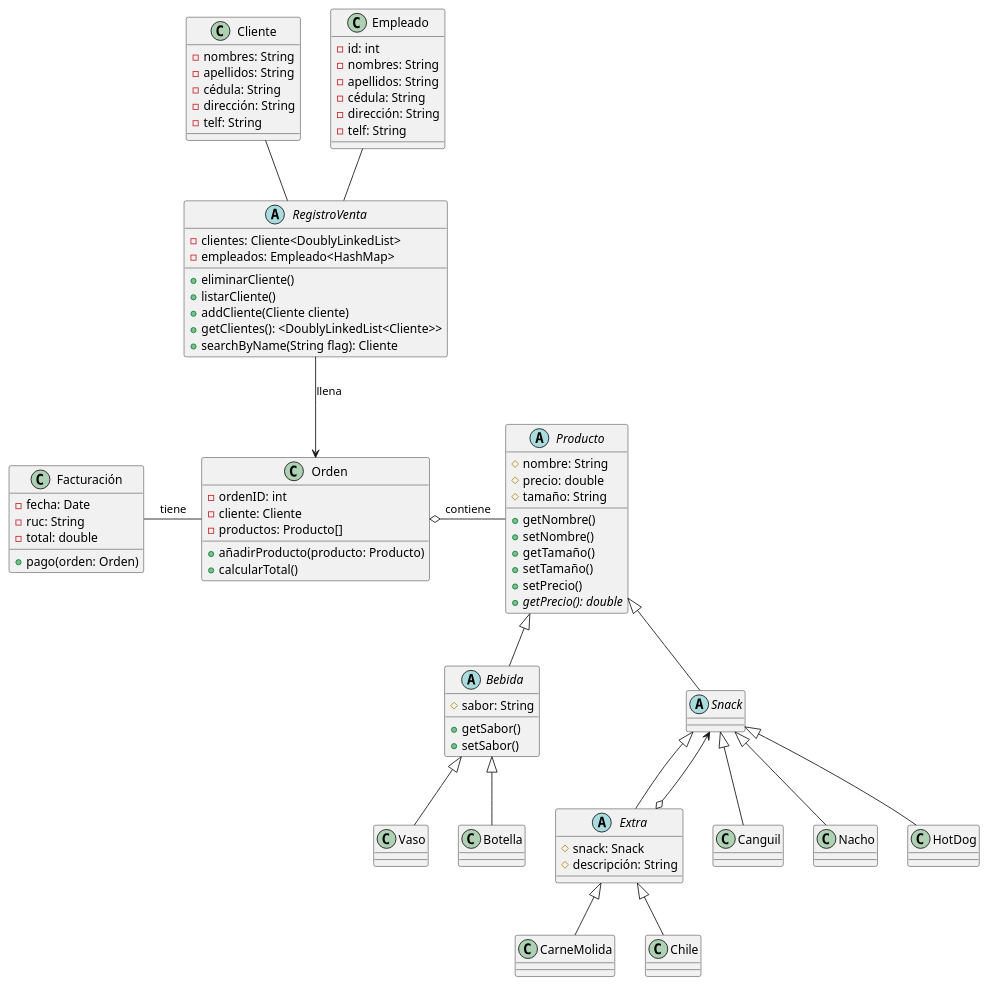
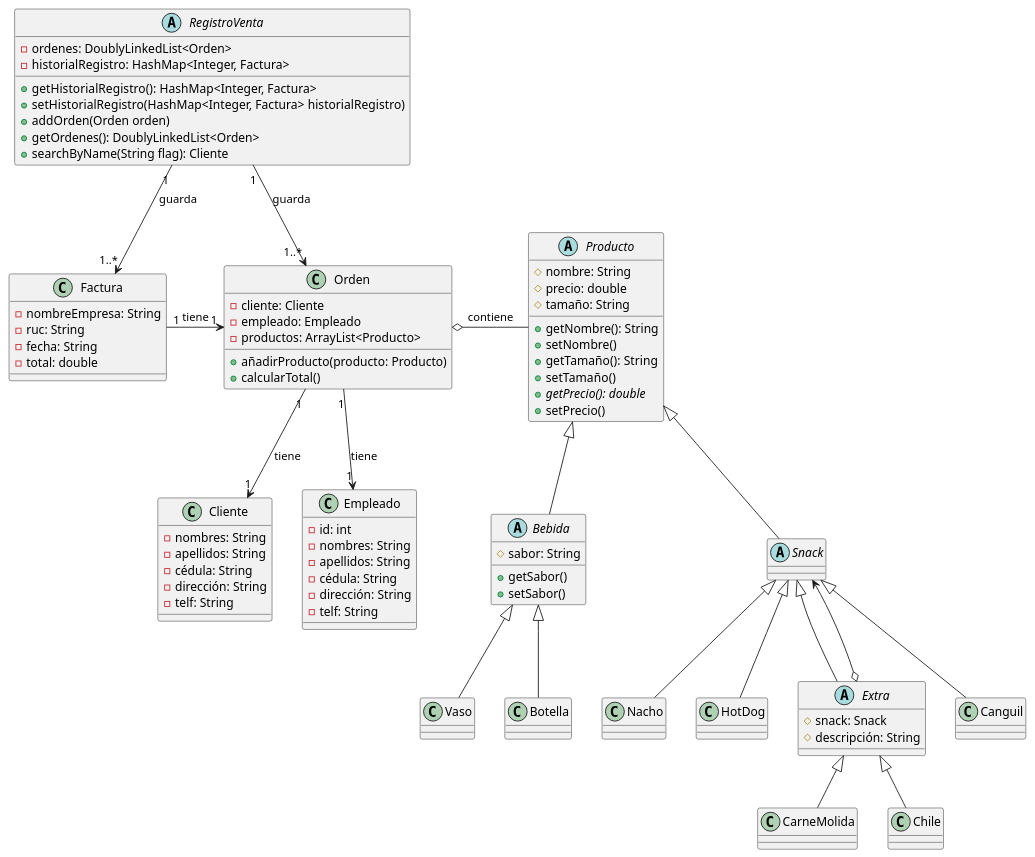
The diagram in src/UML/Cinema.puml (CroodcekDeep/Sistema-Cine), drawn with PlantUML before and after one commit. The commit also changed 11 other files, not shown here.

First line of the commit message:
docs: Modify Class Diagram

```diff
--- a/src/UML/Cinema.puml
+++ b/src/UML/Cinema.puml
@@ -1,139 +1,136 @@
 @startuml
 'https://plantuml.com/class-diagram
 
 abstract class RegistroVenta{
-    -clientes: Cliente<DoublyLinkedList>
-    -empleados: Empleado<HashMap>
+    -ordenes: DoublyLinkedList<Orden>
+    -historialRegistro: HashMap<Integer, Factura>
 
-    +eliminarCliente()
-    +listarCliente()
-    +addCliente(Cliente cliente)
-    +getClientes(): <DoublyLinkedList<Cliente>>
+    +getHistorialRegistro(): HashMap<Integer, Factura>
+    +setHistorialRegistro(HashMap<Integer, Factura> historialRegistro)
+    +addOrden(Orden orden)
+    +getOrdenes(): DoublyLinkedList<Orden>
     +searchByName(String flag): Cliente
 }
 
 class Cliente {
     -nombres: String
     -apellidos: String
     -cédula: String
     -dirección: String
     -telf: String
-
     '+getNombres()
     '+setNombres()
     '+getApellidos()
     '+setApellidos()
     '+getCédula()
     '+setCédula()
     '+getDirección()
     '+setDirección()
     '+getTelf()
     '+setTelf()
 }
 
 class Empleado{
     -id: int
     -nombres: String
     -apellidos: String
     -cédula: String
     -dirección: String
     -telf: String
-
     '+getId()
     '+setId()
     '+getNombres()
     '+setNombres()
     '+getApellidos()
     '+setApellidos()
     '+getCédula()
     '+setCédula()
     '+getDirección()
     '+setDirección()
     '+getTelf()
     '+setTelf()
 }
 
-class Facturación{
-    -fecha: Date
+class Factura{
+    -nombreEmpresa: String
     -ruc: String
+    -fecha: String
     -total: double
-
-    +pago(orden: Orden)
 }
 
 class Orden {
-    -ordenID: int
     -cliente: Cliente
-    -productos: Producto[]
+    -empleado: Empleado
+    -productos: ArrayList<Producto>
 
     +añadirProducto(producto: Producto)
     +calcularTotal()
 }
 
 ' Comprar Comida
 abstract class Producto{
     #nombre: String
     #precio: double
     #tamaño: String
 
-    +getNombre()
+    +getNombre(): String
     +setNombre()
-    +getTamaño()
+    +getTamaño(): String
     +setTamaño()
+    +getPrecio(): double {abstract}
     +setPrecio()
-    +getPrecio(): double {abstract}
 }
 
 abstract class Bebida{
     #sabor: String
 
     +getSabor()
     +setSabor()
 }
 
 abstract class Snack {
 
 }
 
 abstract class Extra{
     #snack: Snack
     #descripción: String
 }
 
 class Canguil{
     '+precio(): double
 }
 
 class Nacho{
     '+precio(): double
 }
 
 class HotDog{
     '+precio(): double
 }
 
 ' Patrón de Diseño -> Decorator
 Orden o- Producto: contiene
 
-Facturación - Orden: tiene
+Factura "1"->"1" Orden: tiene
 
 Producto <|-- Snack
 Producto <|-- Bebida
 
 Snack <|-- Extra
 Snack <--o Extra
 Snack <|-- Nacho
 Snack <|-- HotDog
 Snack <|-- Canguil
 Extra <|-- CarneMolida
 Extra <|-- Chile
 
 Bebida <|-- Vaso
 Bebida <|-- Botella
 
-Cliente -- RegistroVenta
-Empleado -- RegistroVenta
-RegistroVenta --> Orden: llena
-
+Orden "1"-->"1" Cliente: tiene
+Orden "1"-->"1" Empleado: tiene
+RegistroVenta "1"-->"1..*" Orden: guarda
+RegistroVenta "1"-->"1..*" Factura: guarda
 
 @enduml
```
